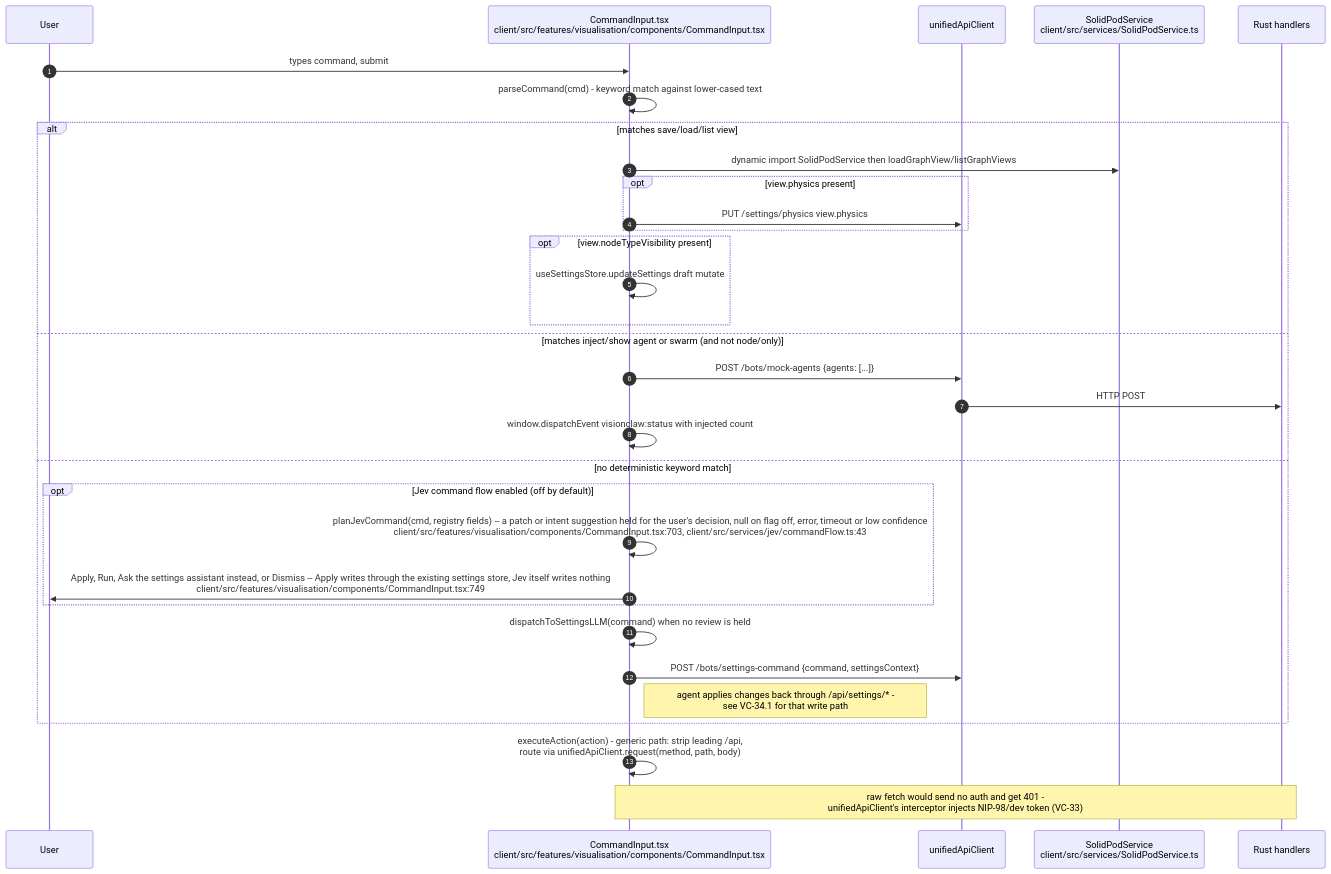
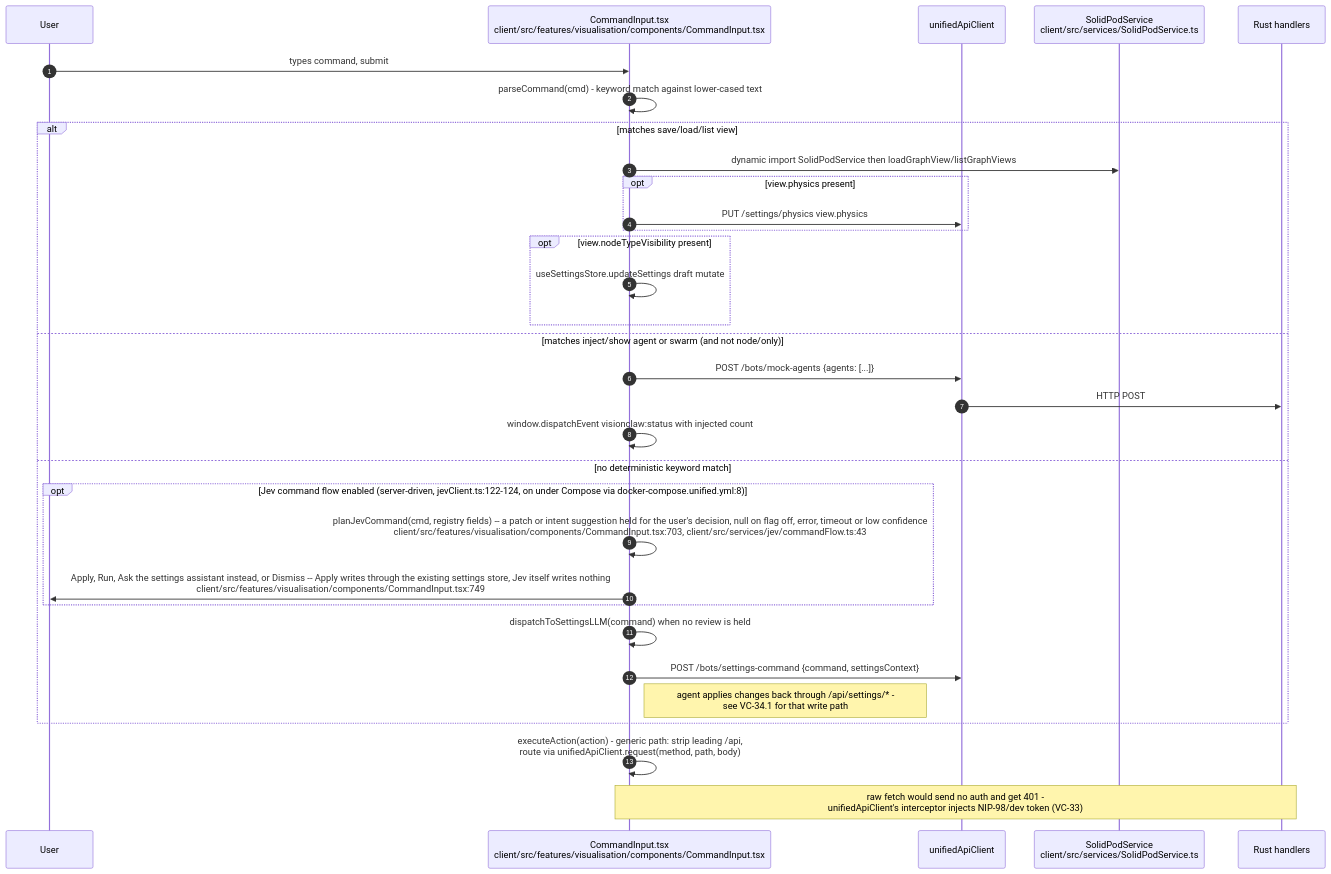
One commit to DreamLab-AI/VisionFlow changed diagram 18 of 20 in docs/diagrams/visionclaw/34-client-features.md. Above: the diagram before and after it, drawn with Mermaid. The commit also changed other lines of this file and 145 other files, not shown here.

````diff
--- a/docs/diagrams/visionclaw/34-client-features.md
+++ b/docs/diagrams/visionclaw/34-client-features.md
@@ -619,35 +620,35 @@
 ```mermaid
 sequenceDiagram
     autonumber
     participant U as User
     participant CI as CommandInput.tsx<br/>client/src/features/visualisation/components/CommandInput.tsx
     participant UAC as unifiedApiClient
     participant Pod as SolidPodService<br/>client/src/services/SolidPodService.ts
     participant SRV as Rust handlers
 
     U->>CI: types command, submit
     CI->>CI: parseCommand(cmd) - keyword match against lower-cased text
     alt matches save/load/list view
         CI->>Pod: dynamic import SolidPodService then loadGraphView/listGraphViews
         opt view.physics present
             CI->>UAC: PUT /settings/physics view.physics
         end
         opt view.nodeTypeVisibility present
             CI->>CI: useSettingsStore.updateSettings draft mutate
         end
     else matches inject/show agent or swarm (and not node/only)
         CI->>UAC: POST /bots/mock-agents {agents: [...]}
         UAC->>SRV: HTTP POST
         CI->>CI: window.dispatchEvent visionclaw:status with injected count
     else no deterministic keyword match
-        opt Jev command flow enabled (off by default)
+        opt Jev command flow enabled (server-driven, jevClient.ts:122-124, on under Compose via docker-compose.unified.yml:8)
             CI->>CI: planJevCommand(cmd, registry fields) -- a patch or intent suggestion held for the user's decision, null on flag off, error, timeout or low confidence<br/>client/src/features/visualisation/components/CommandInput.tsx:703, client/src/services/jev/commandFlow.ts:43
             CI->>U: Apply, Run, Ask the settings assistant instead, or Dismiss -- Apply writes through the existing settings store, Jev itself writes nothing<br/>client/src/features/visualisation/components/CommandInput.tsx:749
         end
         CI->>CI: dispatchToSettingsLLM(command) when no review is held
         CI->>UAC: POST /bots/settings-command {command, settingsContext}
         Note right of CI: agent applies changes back through /api/settings/* -<br/>see VC-34.1 for that write path
     end
     CI->>CI: executeAction(action) - generic path: strip leading /api,<br/>route via unifiedApiClient.request(method, path, body)
     Note over CI,SRV: raw fetch would send no auth and get 401 -<br/>unifiedApiClient's interceptor injects NIP-98/dev token (VC-33)
 ```
````
